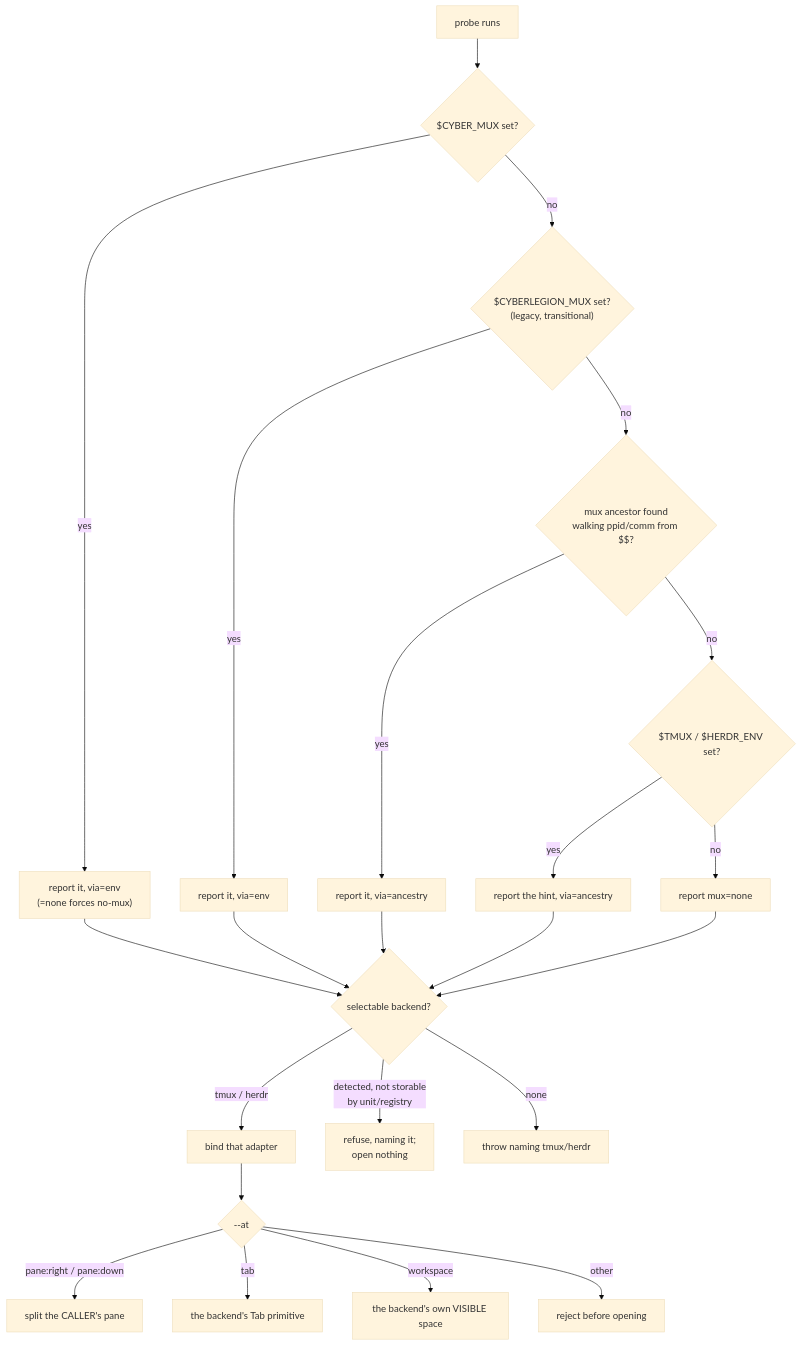
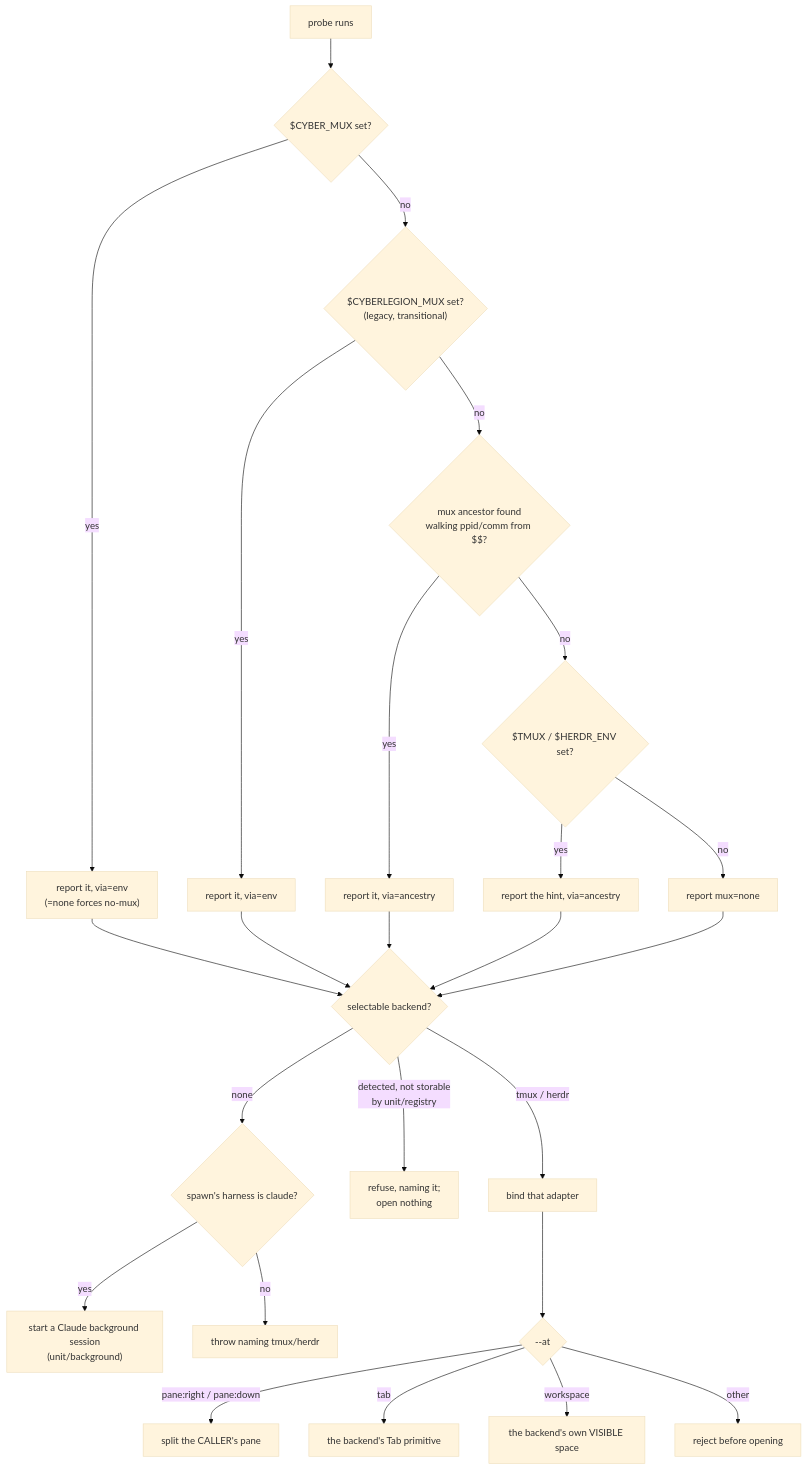
The diagram in packages/cyberlegion/.agents/spec/mux/README.md (cyberuni/cyberlegion), drawn with Mermaid (base theme) before and after one commit. The commit also changed other lines of this file and 14 other files, not shown here.

First line of the commit message:
docs(spec): specify Claude background sessions as a unit backend

````diff
--- a/packages/cyberlegion/.agents/spec/mux/README.md
+++ b/packages/cyberlegion/.agents/spec/mux/README.md
@@ -117,23 +127,25 @@
 ```mermaid
 graph TD
   P[probe runs] --> C{"$CYBER_MUX set?"}
   C -- yes --> E1["report it, via=env<br/>(=none forces no-mux)"]
   C -- no --> L{"$CYBERLEGION_MUX set?<br/>(legacy, transitional)"}
   L -- yes --> E2[report it, via=env]
   L -- no --> A{"mux ancestor found<br/>walking ppid/comm from $$?"}
   A -- yes --> E3[report it, via=ancestry]
   A -- no --> H{"$TMUX / $HERDR_ENV set?"}
   H -- yes --> E4[report the hint, via=ancestry]
   H -- no --> E5[report mux=none]
 
   E1 & E2 & E3 & E4 & E5 --> S{selectable backend?}
   S -- "tmux / herdr" --> ADP[bind that adapter]
   S -- "detected, not storable<br/>by unit/registry" --> REF[refuse, naming it;<br/>open nothing]
-  S -- none --> ERR[throw naming tmux/herdr]
+  S -- none --> HN{"spawn's harness is claude?"}
+  HN -- yes --> BG["start a Claude background session<br/>(unit/background)"]
+  HN -- no --> ERR[throw naming tmux/herdr]
 
   ADP --> AT{"--at"}
   AT -- "pane:right / pane:down" --> SP[split the CALLER's pane]
   AT -- tab --> TB[the backend's Tab primitive]
   AT -- workspace --> WS[the backend's own VISIBLE space]
   AT -- other --> REJ[reject before opening]
 ```
````
